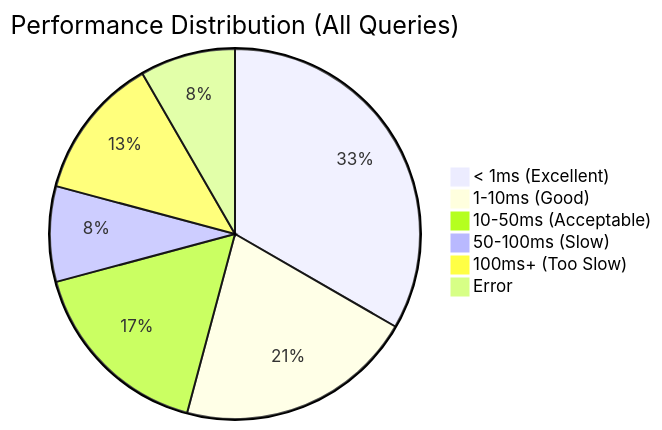
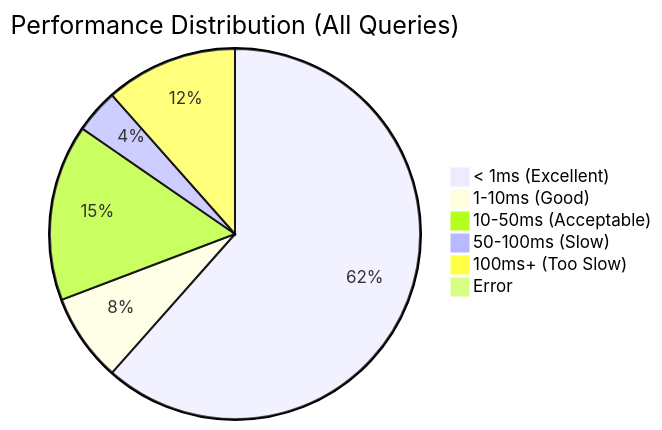
One commit to pcharbon70/triple_store changed the third of 3 diagrams in guides/benchmarks/performance-targets.md. Above: the diagram before and after it, drawn with Mermaid. The commit also changed other lines of this file and 2 other files, not shown here.

````diff
--- a/guides/benchmarks/performance-targets.md
+++ b/guides/benchmarks/performance-targets.md
@@ -133,9 +137,9 @@
 ```mermaid
 pie title Performance Distribution (All Queries)
-    "< 1ms (Excellent)" : 8
-    "1-10ms (Good)" : 5
+    "< 1ms (Excellent)" : 16
+    "1-10ms (Good)" : 2
     "10-50ms (Acceptable)" : 4
-    "50-100ms (Slow)" : 2
+    "50-100ms (Slow)" : 1
     "100ms+ (Too Slow)" : 3
-    "Error" : 2
+    "Error" : 0
 ```
````
